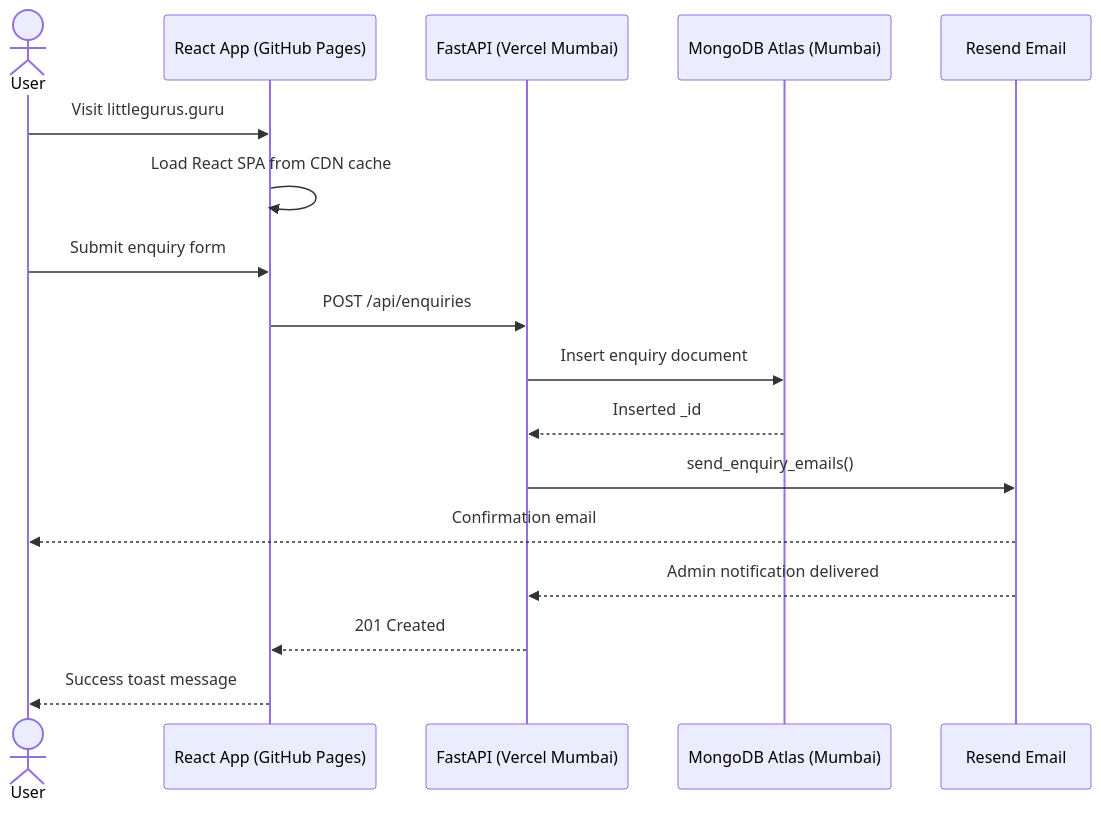
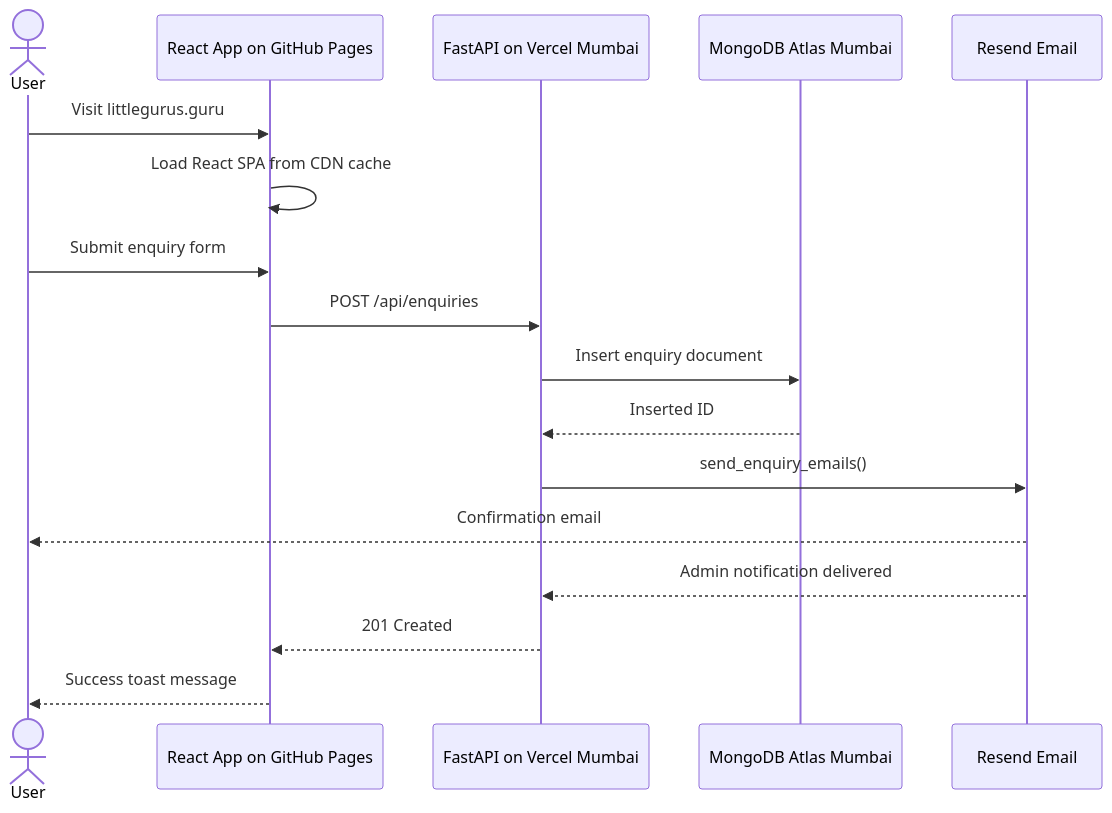
Before and after one commit to dineshsrivastava07-cell/littlegurusacademy: the second of 7 diagrams in Architecture.md, drawn with Mermaid. The commit also changed other lines of this file, not shown here.

Commit message:
fix: correct all Mermaid diagrams for GitHub renderer (remove backslash-n, @, URLs in node labels)

````diff
--- a/Architecture.md
+++ b/Architecture.md
@@ -54,21 +54,21 @@
 ```mermaid
 sequenceDiagram
     actor User
-    participant Browser as React App (GitHub Pages)
-    participant Vercel as FastAPI (Vercel Mumbai)
-    participant Atlas as MongoDB Atlas (Mumbai)
+    participant Browser as React App on GitHub Pages
+    participant Vercel as FastAPI on Vercel Mumbai
+    participant Atlas as MongoDB Atlas Mumbai
     participant Resend as Resend Email
 
     User->>Browser: Visit littlegurus.guru
     Browser->>Browser: Load React SPA from CDN cache
 
     User->>Browser: Submit enquiry form
     Browser->>Vercel: POST /api/enquiries
     Vercel->>Atlas: Insert enquiry document
-    Atlas-->>Vercel: Inserted _id
+    Atlas-->>Vercel: Inserted ID
     Vercel->>Resend: send_enquiry_emails()
     Resend-->>User: Confirmation email
     Resend-->>Vercel: Admin notification delivered
     Vercel-->>Browser: 201 Created
     Browser-->>User: Success toast message
 ```
````
